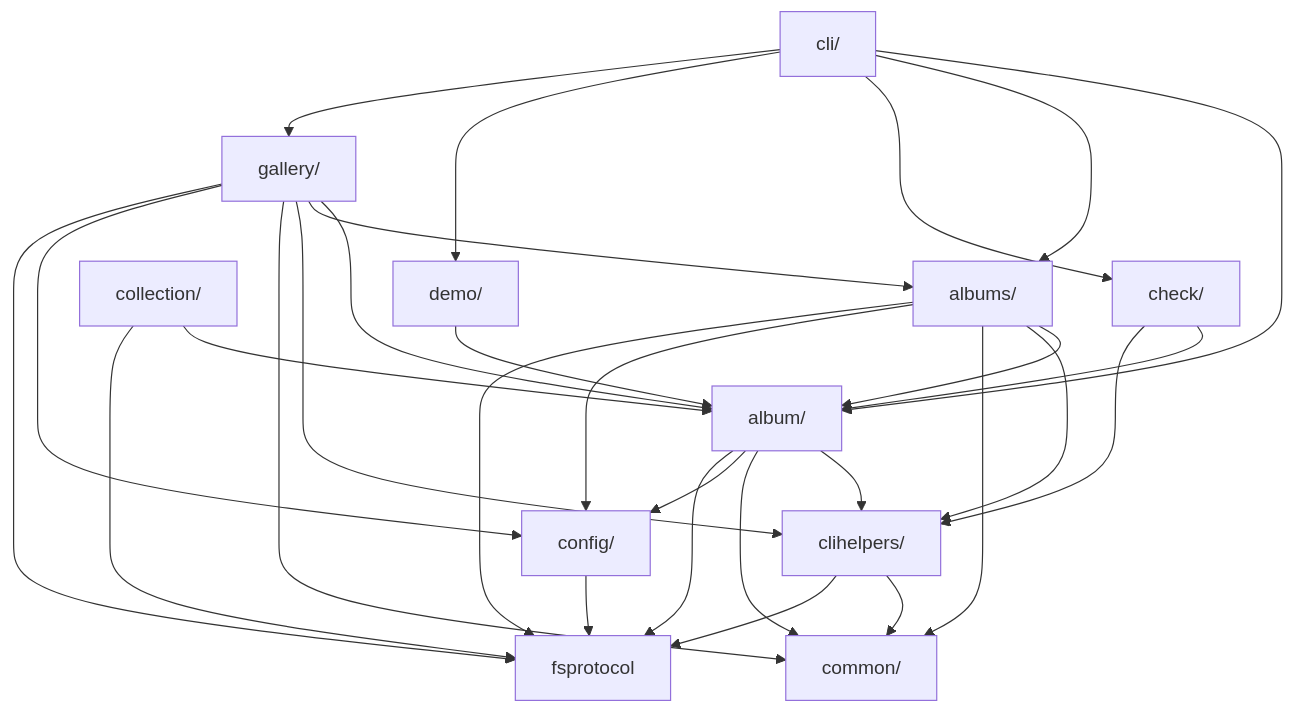
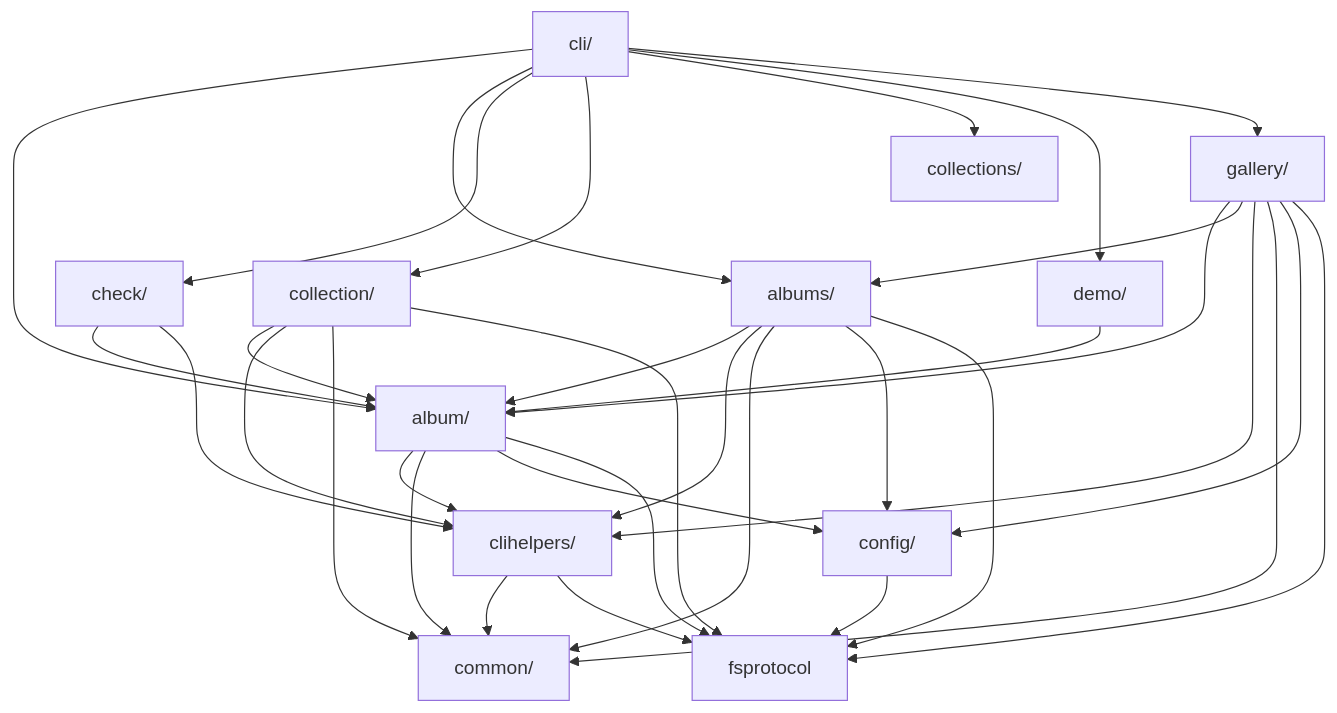
The diagram in docs/architecture.md (iglootools/photree), drawn with Mermaid before and after one commit. The commit also changed 14 other files, not shown here.

First line of the commit message:
feat: add collection CLI commands (init, show, metadata set) and discovery

````diff
--- a/docs/architecture.md
+++ b/docs/architecture.md
@@ -17,43 +17,48 @@
 ```mermaid
 graph TD
     album["album/"]
     albums["albums/"]
     check["check/"]
     cli["cli/"]
     clihelpers["clihelpers/"]
     collection["collection/"]
+    collections["collections/"]
     common["common/"]
     config["config/"]
     demo["demo/"]
     fsprotocol["fsprotocol"]
     gallery["gallery/"]
 
     album --> clihelpers
     album --> common
     album --> config
     album --> fsprotocol
     albums --> album
     albums --> clihelpers
     albums --> common
     albums --> config
     albums --> fsprotocol
     check --> album
     check --> clihelpers
     cli --> album
     cli --> albums
     cli --> check
+    cli --> collection
+    cli --> collections
     cli --> demo
     cli --> gallery
     clihelpers --> common
     clihelpers --> fsprotocol
     collection --> album
+    collection --> clihelpers
+    collection --> common
     collection --> fsprotocol
     config --> fsprotocol
     demo --> album
     gallery --> album
     gallery --> albums
     gallery --> clihelpers
     gallery --> common
     gallery --> config
     gallery --> fsprotocol
 ```
````
